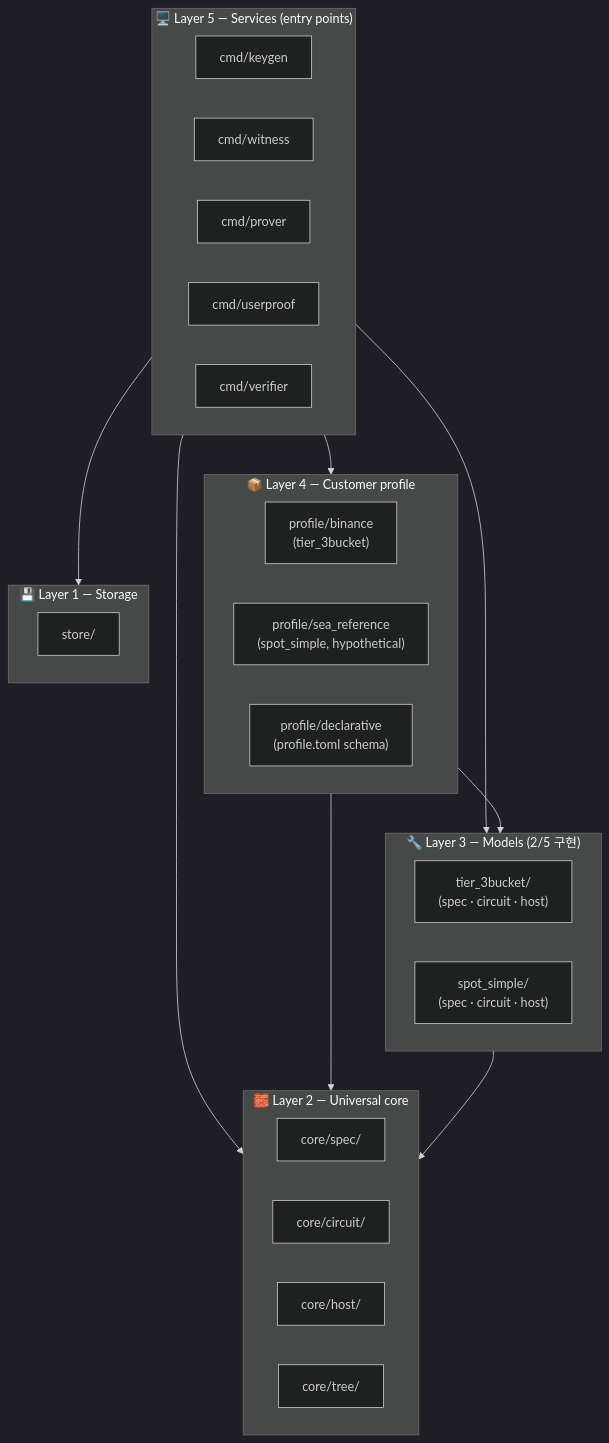
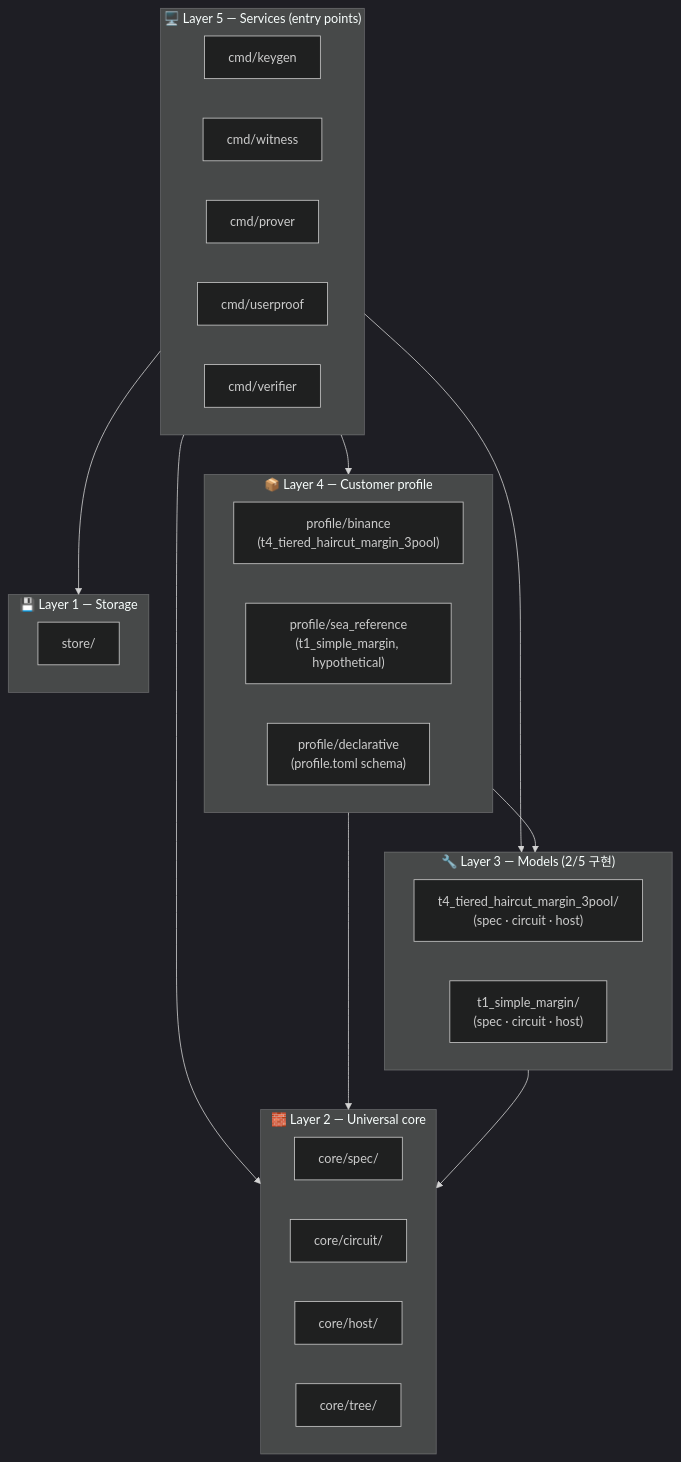
Before and after one commit to BetweenBits-org/zk-pos-ext: the fifth of 6 diagrams in docs/03-system-architecture.md, drawn with Mermaid (dark theme). The commit also changed other lines of this file and 108 other files, not shown here.

````diff
--- a/docs/03-system-architecture.md
+++ b/docs/03-system-architecture.md
@@ -149,44 +149,44 @@
 ```mermaid
 flowchart TB
   subgraph L5["🖥️ Layer 5 — Services (entry points)"]
     direction LR
     L5k["cmd/keygen"]
     L5a["cmd/witness"]
     L5b["cmd/prover"]
     L5c["cmd/userproof"]
     L5d["cmd/verifier"]
   end
 
   subgraph L4["📦 Layer 4 — Customer profile"]
     direction LR
-    L4a["profile/binance<br/>(tier_3bucket)"]
-    L4b["profile/sea_reference<br/>(spot_simple, hypothetical)"]
+    L4a["profile/binance<br/>(t4_tiered_haircut_margin_3pool)"]
+    L4b["profile/sea_reference<br/>(t1_simple_margin, hypothetical)"]
     L4c["profile/declarative<br/>(profile.toml schema)"]
   end
 
   subgraph L3p["🔧 Layer 3 — Models (2/5 구현)"]
     direction LR
-    L3a["tier_3bucket/<br/>(spec · circuit · host)"]
-    L3b["spot_simple/<br/>(spec · circuit · host)"]
+    L3a["t4_tiered_haircut_margin_3pool/<br/>(spec · circuit · host)"]
+    L3b["t1_simple_margin/<br/>(spec · circuit · host)"]
   end
 
   subgraph L2p["🧱 Layer 2 — Universal core"]
     direction LR
     L2a["core/spec/"]
     L2b["core/circuit/"]
     L2c["core/host/"]
     L2d["core/tree/"]
   end
 
   subgraph L1p["💾 Layer 1 — Storage"]
     L1a["store/"]
   end
 
   L5 --> L4
   L5 --> L3p
   L5 --> L2p
   L5 --> L1p
   L4 --> L3p
   L4 --> L2p
   L3p --> L2p
 ```
````
